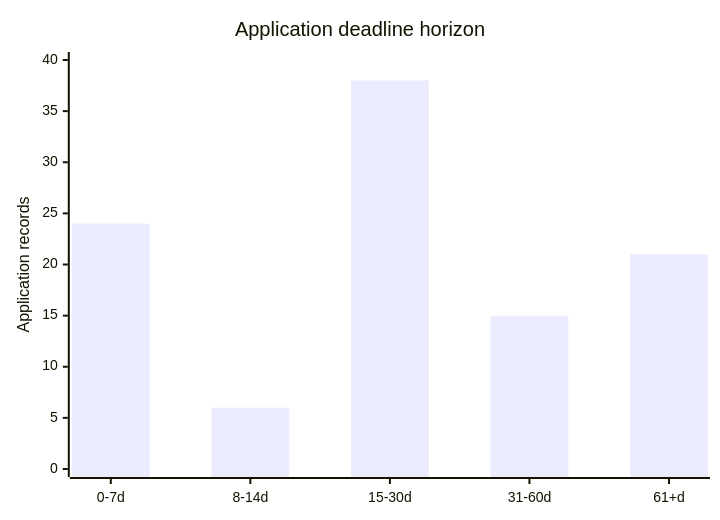
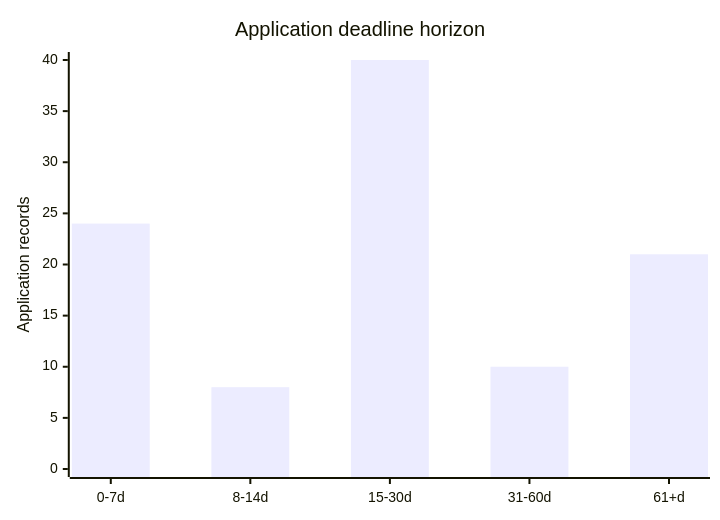
One commit to Armanasq/phd_tracker changed the diagram in docs/diagrams/deadline_xy.mmd. Above: the diagram before and after it, drawn with Mermaid. The commit also changed 38 other files, not shown here.

```diff
--- a/docs/diagrams/deadline_xy.mmd
+++ b/docs/diagrams/deadline_xy.mmd
@@ -1,5 +1,5 @@
 xychart-beta
     title "Application deadline horizon"
     x-axis ["0-7d", "8-14d", "15-30d", "31-60d", "61+d"]
     y-axis "Application records" 0 --> 40
-    bar [24, 6, 38, 15, 21]
+    bar [24, 8, 40, 10, 21]
```
